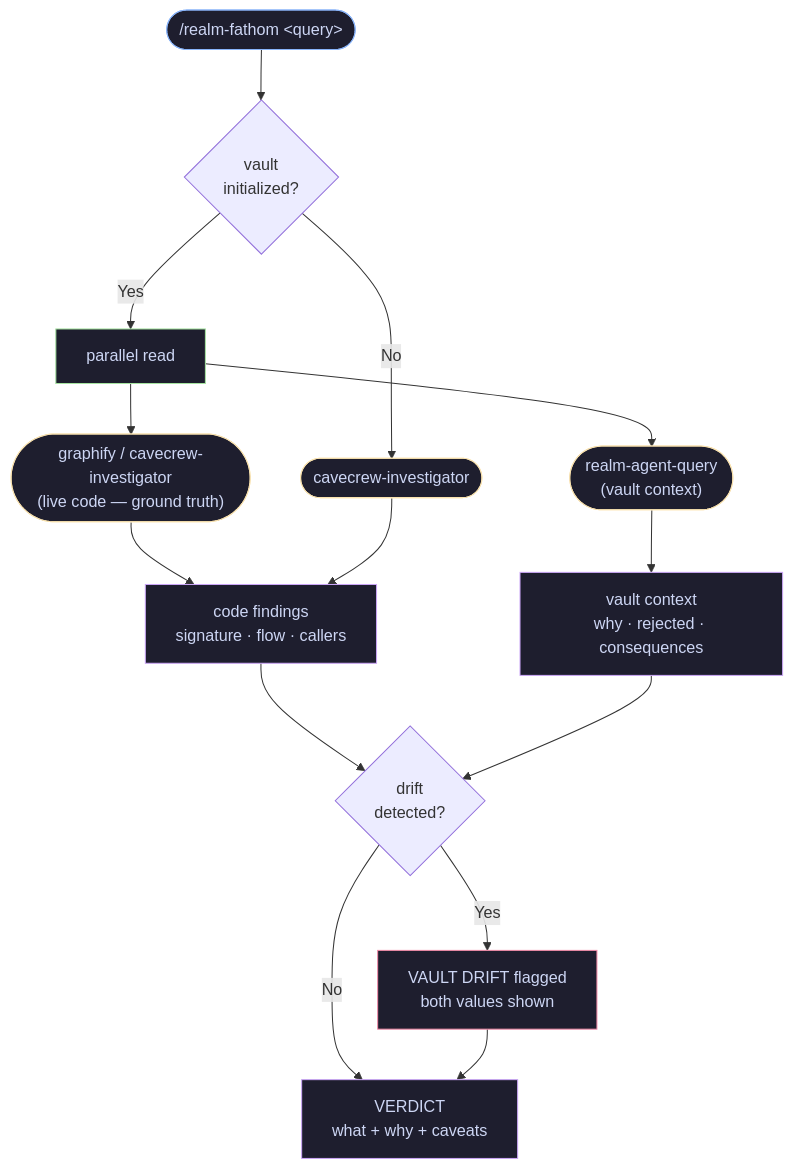
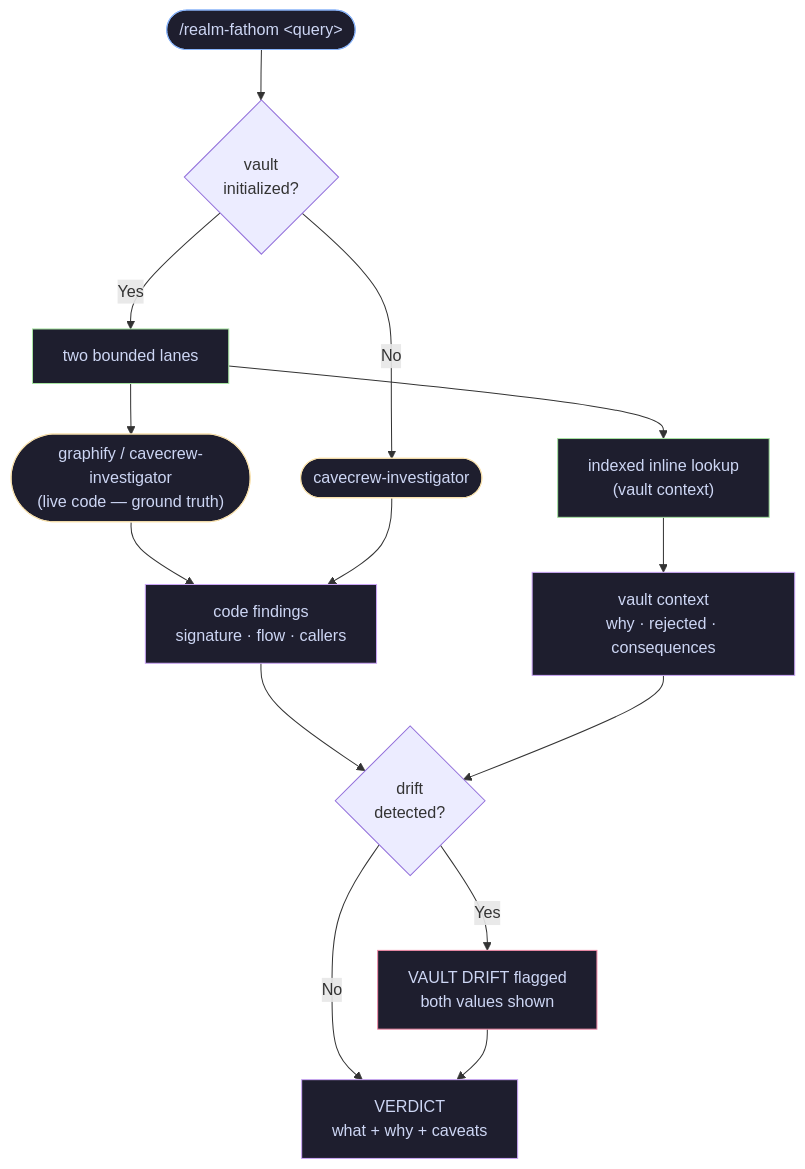
The fifth of 8 diagrams in VISUALS.md (blackmo18/realm), drawn with Mermaid before and after one commit. The commit also changed 66 other files, not shown here.

````diff
--- a/VISUALS.md
+++ b/VISUALS.md
@@ -108,27 +108,27 @@
 ```mermaid
 flowchart TD
     FT(["/realm-fathom &lt;query&gt;"]):::cmd --> GV{vault\ninitialized?}
 
-    GV -->|Yes| PAR["parallel read"]:::note
+    GV -->|Yes| PAR["two bounded lanes"]:::note
     GV -->|No| CI2(["cavecrew-investigator"]):::agent
 
     PAR --> CI(["graphify / cavecrew-investigator\n(live code — ground truth)"]):::agent
-    PAR --> RQ(["realm-agent-query\n(vault context)"]):::agent
+    PAR --> RQ["indexed inline lookup\n(vault context)"]:::note
 
     CI  --> CO["code findings\nsignature · flow · callers"]:::out
     RQ  --> VO["vault context\nwhy · rejected · consequences"]:::out
     CI2 --> CO
 
     CO --> DR{drift\ndetected?}
     VO --> DR
 
     DR -->|Yes| DW["VAULT DRIFT flagged\nboth values shown"]:::warn
     DR -->|No| VD["VERDICT\nwhat + why + caveats"]:::out
     DW --> VD
 
     classDef cmd   fill:#1e1e2e,stroke:#89b4fa,color:#cdd6f4
     classDef agent fill:#1e1e2e,stroke:#f9e2af,color:#cdd6f4
     classDef out   fill:#1e1e2e,stroke:#cba6f7,color:#cdd6f4
     classDef note  fill:#1e1e2e,stroke:#a6e3a1,color:#cdd6f4
     classDef warn  fill:#1e1e2e,stroke:#f38ba8,color:#cdd6f4
 ```
````
